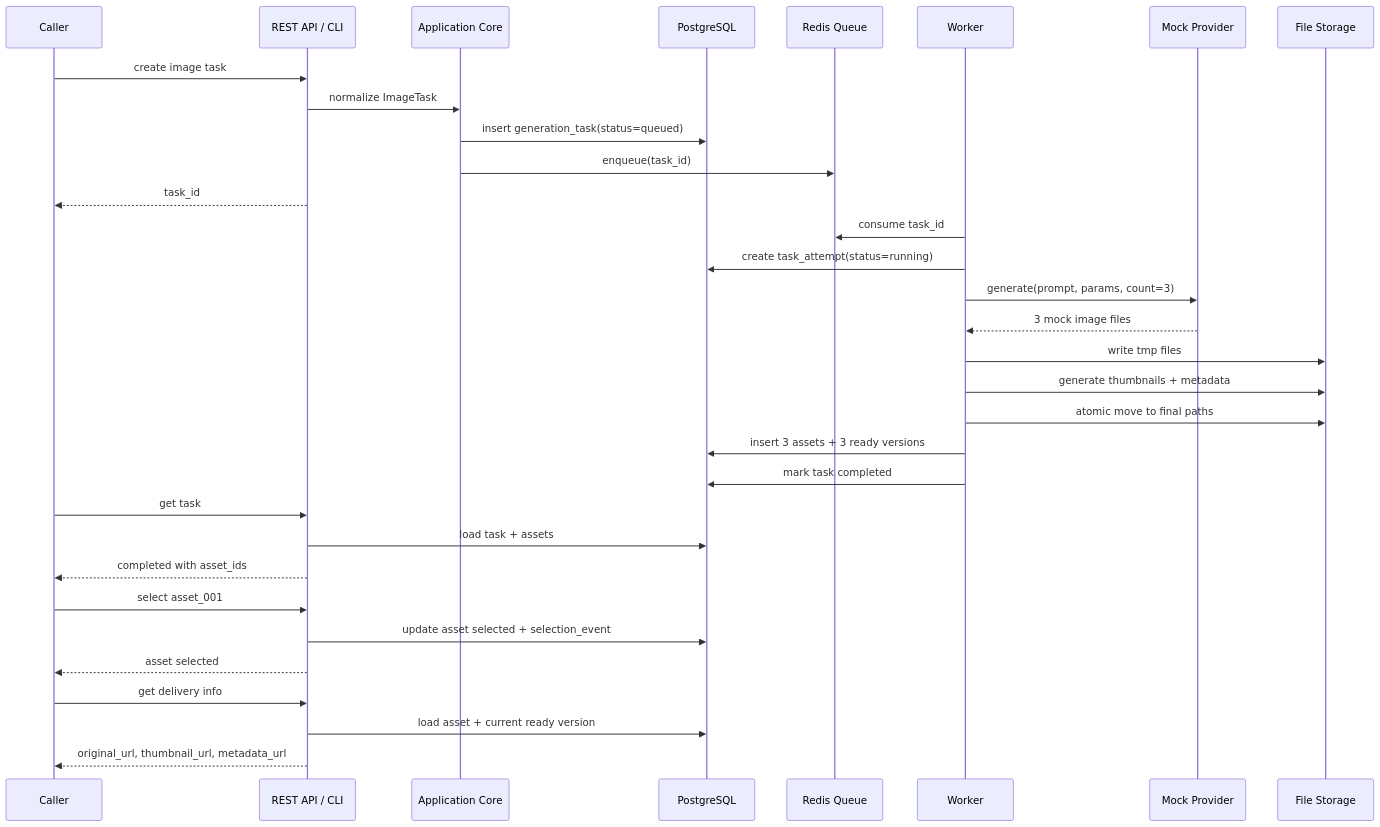
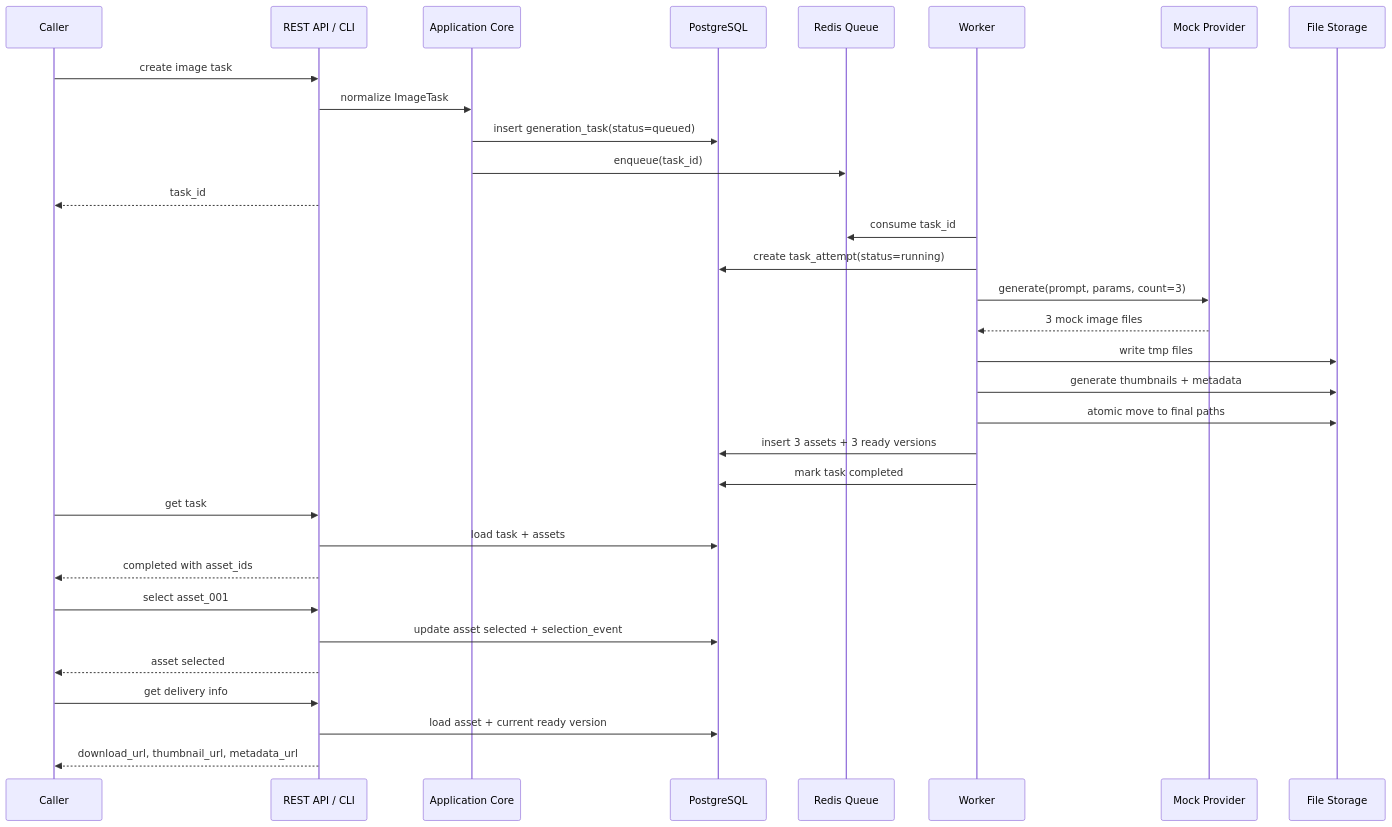
Before and after one commit to billionsheep/agent-imageflow: the second of 5 diagrams in docs/project/IMPLEMENTATION_REVIEW_AND_FLOW_SIMULATION.md, drawn with Mermaid. The commit also changed 24 other files, not shown here.

````diff
--- a/docs/project/IMPLEMENTATION_REVIEW_AND_FLOW_SIMULATION.md
+++ b/docs/project/IMPLEMENTATION_REVIEW_AND_FLOW_SIMULATION.md
@@ -103,39 +103,39 @@
 ```mermaid
 sequenceDiagram
   participant Caller as Caller
   participant API as REST API / CLI
   participant Core as Application Core
   participant DB as PostgreSQL
   participant Q as Redis Queue
   participant WK as Worker
   participant Provider as Mock Provider
   participant FS as File Storage
 
   Caller->>API: create image task
   API->>Core: normalize ImageTask
   Core->>DB: insert generation_task(status=queued)
   Core->>Q: enqueue(task_id)
   API-->>Caller: task_id
 
   WK->>Q: consume task_id
   WK->>DB: create task_attempt(status=running)
   WK->>Provider: generate(prompt, params, count=3)
   Provider-->>WK: 3 mock image files
   WK->>FS: write tmp files
   WK->>FS: generate thumbnails + metadata
   WK->>FS: atomic move to final paths
   WK->>DB: insert 3 assets + 3 ready versions
   WK->>DB: mark task completed
 
   Caller->>API: get task
   API->>DB: load task + assets
   API-->>Caller: completed with asset_ids
 
   Caller->>API: select asset_001
   API->>DB: update asset selected + selection_event
   API-->>Caller: asset selected
 
   Caller->>API: get delivery info
   API->>DB: load asset + current ready version
-  API-->>Caller: original_url, thumbnail_url, metadata_url
+  API-->>Caller: download_url, thumbnail_url, metadata_url
 ```
````
